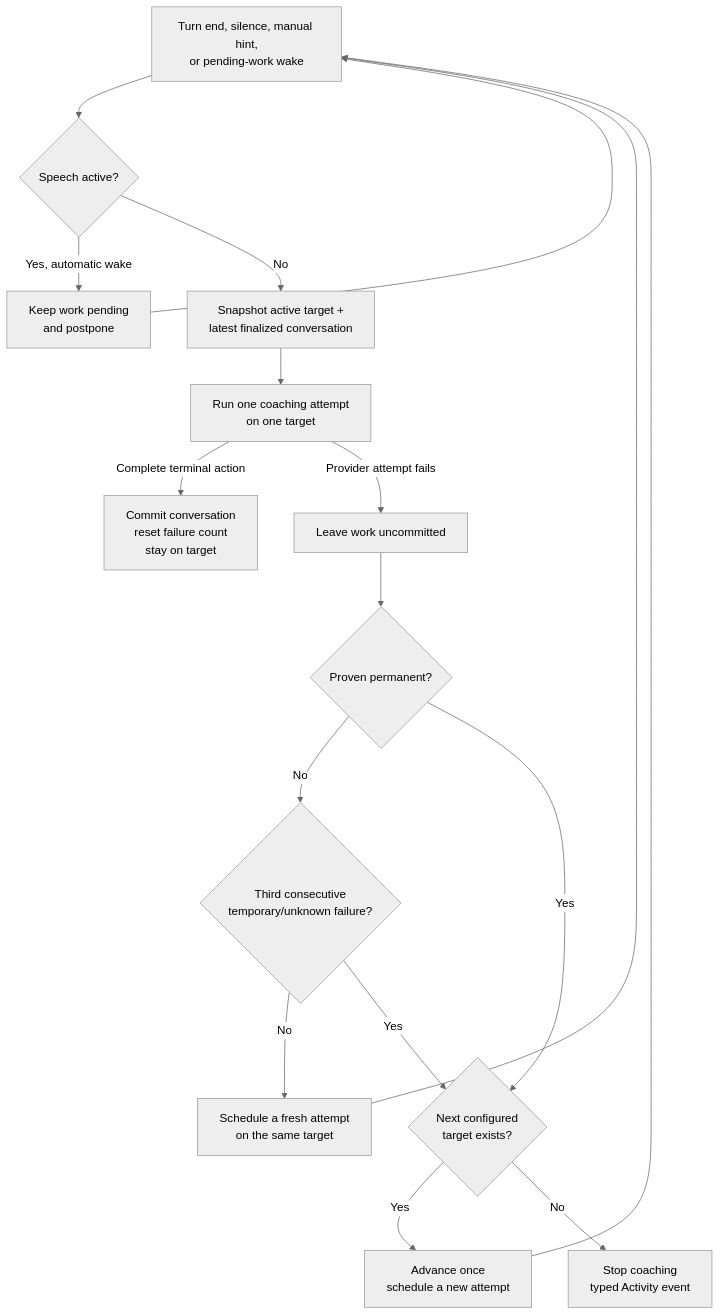
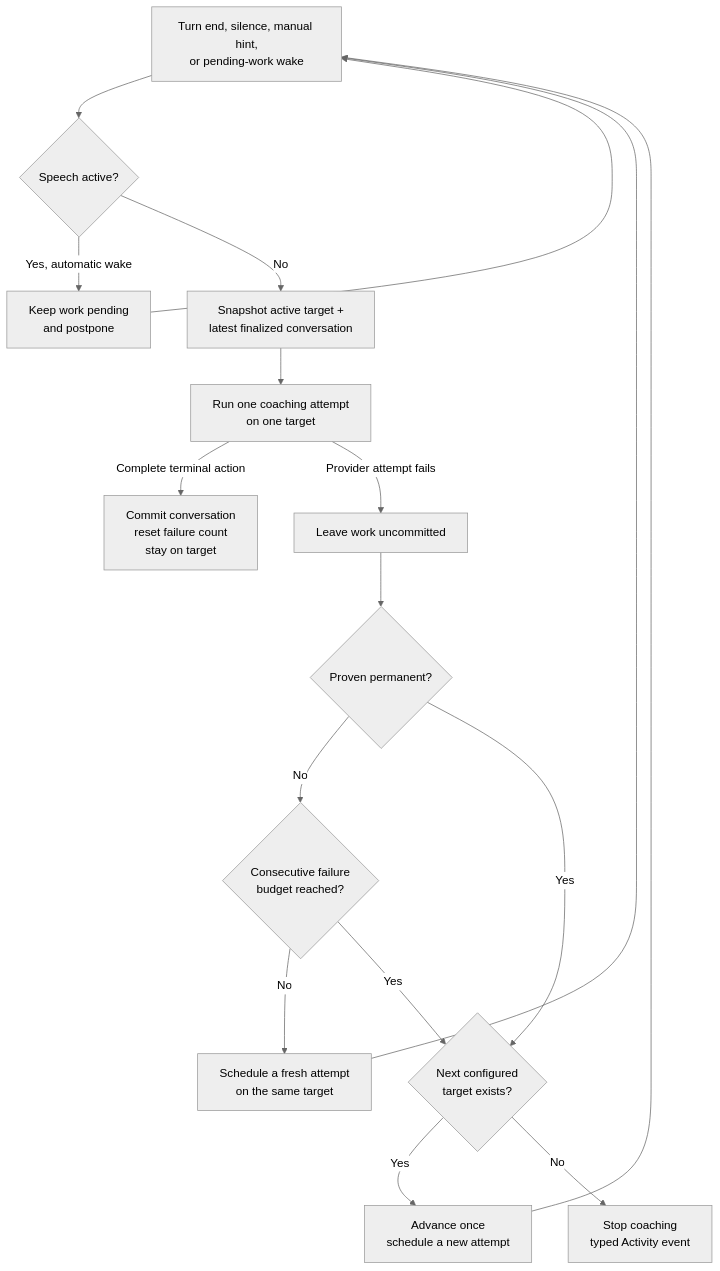
One commit to JINGBANZ/jarvis changed the diagram in wiki/architecture.md. Above: the diagram before and after it, drawn with Mermaid (neutral theme). The commit also changed other lines of this file and 8 other files, not shown here.

````diff
--- a/wiki/architecture.md
+++ b/wiki/architecture.md
@@ -235,19 +240,19 @@
 ```mermaid
 flowchart TD
     T[Turn end, silence, manual hint,<br/>or pending-work wake] --> S{Speech active?}
     S -- Yes, automatic wake --> P[Keep work pending<br/>and postpone]
     S -- No --> A[Snapshot active target +<br/>latest finalized conversation]
     A --> R[Run one coaching attempt<br/>on one target]
     R -- Complete terminal action --> C[Commit conversation<br/>reset failure count<br/>stay on target]
     R -- Provider attempt fails --> U[Leave work uncommitted]
     U --> D{Proven permanent?}
-    D -- No --> B{Third consecutive<br/>temporary/unknown failure?}
+    D -- No --> B{Consecutive failure<br/>budget reached?}
     B -- No --> W[Schedule a fresh attempt<br/>on the same target]
     D -- Yes --> N{Next configured<br/>target exists?}
     B -- Yes --> N
     N -- Yes --> F[Advance once<br/>schedule a new attempt]
     N -- No --> X[Stop coaching<br/>typed Activity event]
     W --> T
     F --> T
     P --> T
 ```
````
